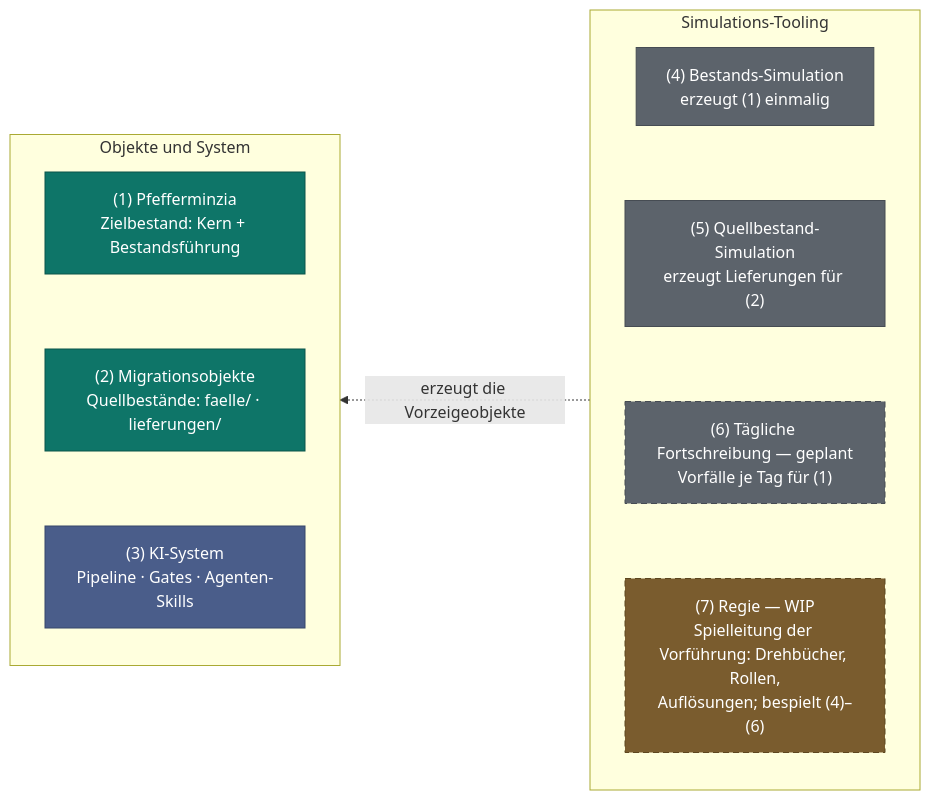
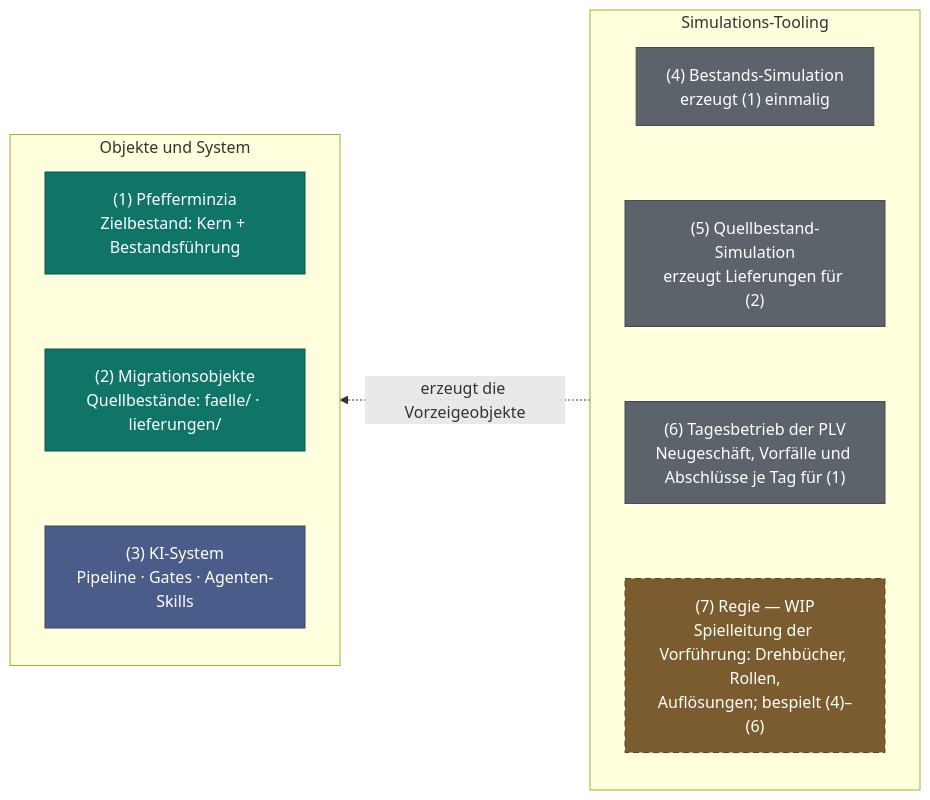
The first of 2 diagrams in README.md (bartlmac/rechner-pipeline), drawn with Mermaid before and after one commit. The commit also changed other lines of this file and 3 other files, not shown here.

````diff
--- a/README.md
+++ b/README.md
@@ -58,38 +62,38 @@
 ```mermaid
 flowchart RL
     subgraph OBJEKTE["Objekte und System"]
         direction TB
         P1["(1) Pfefferminzia
 Zielbestand: Kern + Bestandsführung"]
         F2["(2) Migrationsobjekte
 Quellbestände: faelle/ · lieferungen/"]
         S3["(3) KI-System
 Pipeline · Gates · Agenten-Skills"]
         P1 ~~~ F2 ~~~ S3
     end
     subgraph TOOLING["Simulations-Tooling"]
         direction TB
         T4["(4) Bestands-Simulation
 erzeugt (1) einmalig"]
         T5["(5) Quellbestand-Simulation
 erzeugt Lieferungen für (2)"]
-        T6["(6) Tägliche Fortschreibung — geplant
-Vorfälle je Tag für (1)"]
+        T6["(6) Tagesbetrieb der PLV
+Neugeschäft, Vorfälle und Abschlüsse je Tag für (1)"]
         R7["(7) Regie — WIP
 Spielleitung der Vorführung: Drehbücher, Rollen,
 Auflösungen; bespielt (4)–(6)"]
         T4 ~~~ T5 ~~~ T6 ~~~ R7
     end
     TOOLING -. "erzeugt die Vorzeigeobjekte" .-> OBJEKTE
 
     classDef objekt fill:#0e7568,stroke:#0a544b,color:#ffffff
     classDef system fill:#4a5d8a,stroke:#36466b,color:#ffffff
     classDef sim fill:#5c636b,stroke:#464c53,color:#ffffff
     classDef geplant stroke-dasharray: 6 4
     class P1,F2 objekt
     class S3 system
     class T4,T5,T6 sim
     classDef regie fill:#7a5c2e,stroke:#5d461f,color:#ffffff
     class R7 regie
-    class T6,R7 geplant
+    class R7 geplant
 ```
````
